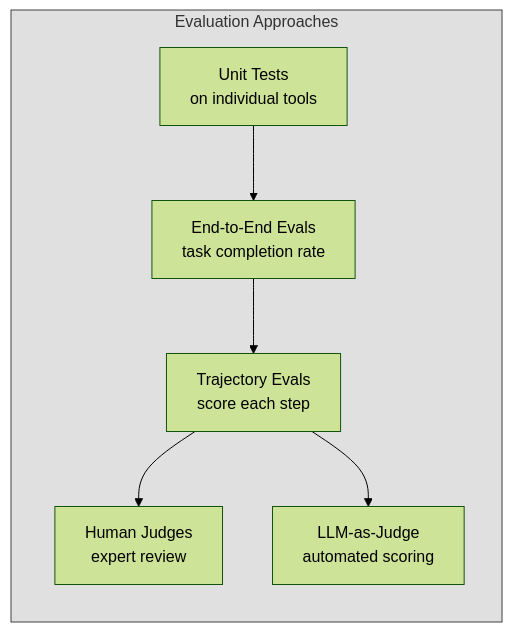
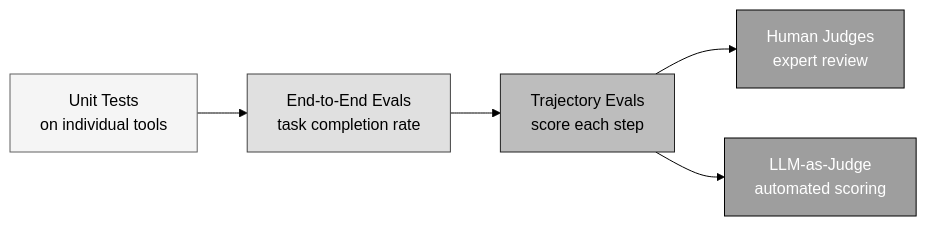
The fifth of 13 diagrams in docs/posts/09-deep-challenges.md (Shekharrajak/agent-design-patterns), drawn with Mermaid (forest theme) before and after one commit. The commit also changed other lines of this file and 7 other files, not shown here.

Commit message:
fix: resolve Mermaid rendering issues across all chapters

````diff
--- a/docs/posts/09-deep-challenges.md
+++ b/docs/posts/09-deep-challenges.md
@@ -122,15 +116,11 @@
 ```mermaid
 graph LR
-    subgraph EVAL_APPROACHES["Evaluation Approaches"]
-        E1["Unit Tests<br/>on individual tools"]
-        E2["End-to-End Evals<br/>task completion rate"]
-        E3["Trajectory Evals<br/>score each step"]
-        E4["Human Judges<br/>expert review"]
-        E5["LLM-as-Judge<br/>automated scoring"]
-    end
+    E1["Unit Tests<br/>on individual tools"] --> E2["End-to-End Evals<br/>task completion rate"] --> E3["Trajectory Evals<br/>score each step"] --> E4["Human Judges<br/>expert review"]
+    E3 --> E5["LLM-as-Judge<br/>automated scoring"]
 
-    E1 --> E2 --> E3 --> E4
-    E3 --> E5
-
-    style EVAL_APPROACHES fill:#e0e0e0,stroke:#424242
+    style E1 fill:#f5f5f5,stroke:#616161
+    style E2 fill:#e0e0e0,stroke:#424242
+    style E3 fill:#bdbdbd,stroke:#212121
+    style E4 fill:#9e9e9e,stroke:#000,color:#fff
+    style E5 fill:#9e9e9e,stroke:#000,color:#fff
 ```
````
